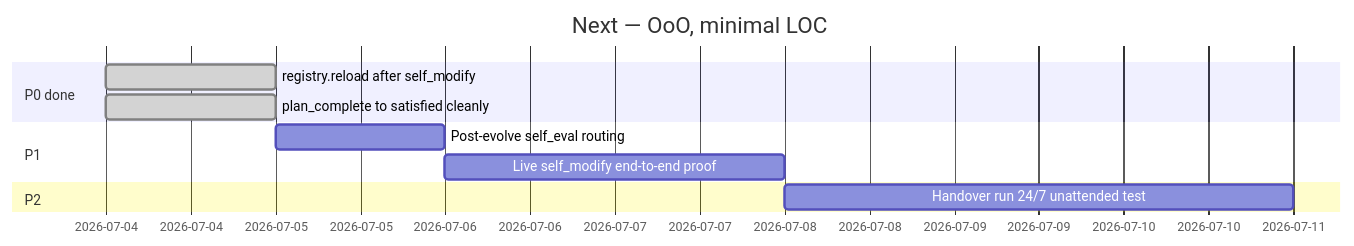
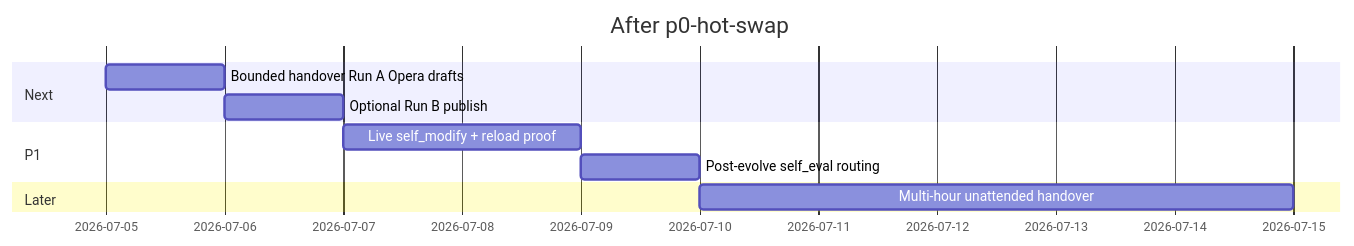
One commit to wgabrys88/endgame-ai changed the fifth of 5 diagrams in README.md. Above: the diagram before and after it, drawn with Mermaid. The commit also changed other lines of this file, not shown here.

Commit message:
docs: p0-hot-swap milestone — handover plan for bounded Opera/X/LinkedIn run

````diff
--- a/README.md
+++ b/README.md
@@ -182,13 +136,13 @@
 ```mermaid
 gantt
-    title Next — OoO, minimal LOC
+    title After p0-hot-swap
     dateFormat YYYY-MM-DD
-    section P0 done
-    registry.reload after self_modify     :done, 2026-07-04, 1d
-    plan_complete to satisfied cleanly    :done, 2026-07-04, 1d
+    section Next
+    Bounded handover Run A Opera drafts    :n1, 2026-07-05, 1d
+    Optional Run B publish                 :n2, after n1, 1d
     section P1
-    Post-evolve self_eval routing         :b1, 2026-07-05, 1d
-    Live self_modify end-to-end proof     :b2, after b1, 2d
-    section P2
-    Handover run 24/7 unattended test     :c1, after b2, 3d
+    Live self_modify + reload proof        :p1, after n2, 2d
+    Post-evolve self_eval routing          :p2, after p1, 1d
+    section Later
+    Multi-hour unattended handover         :l1, after p2, 5d
 ```
````
